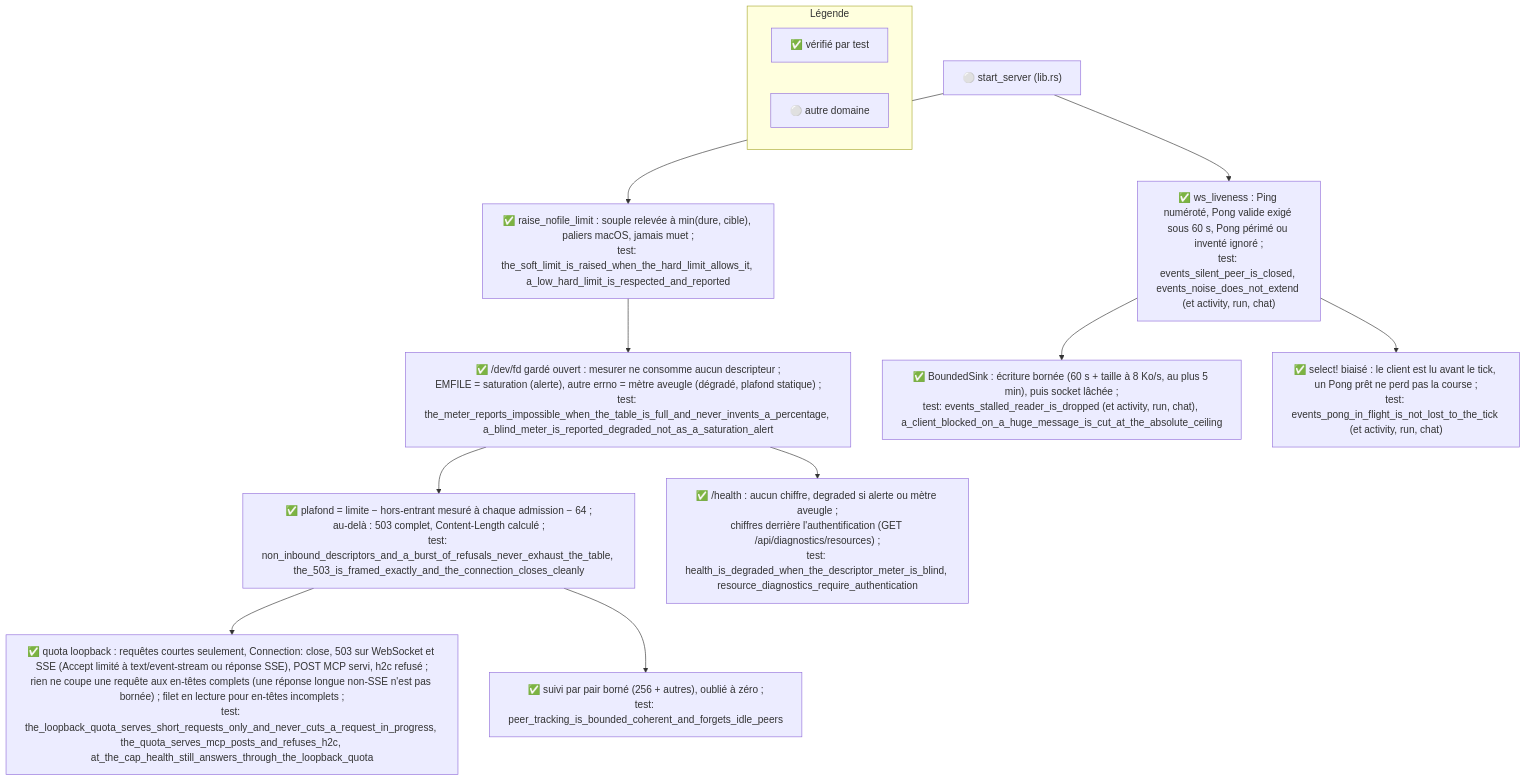
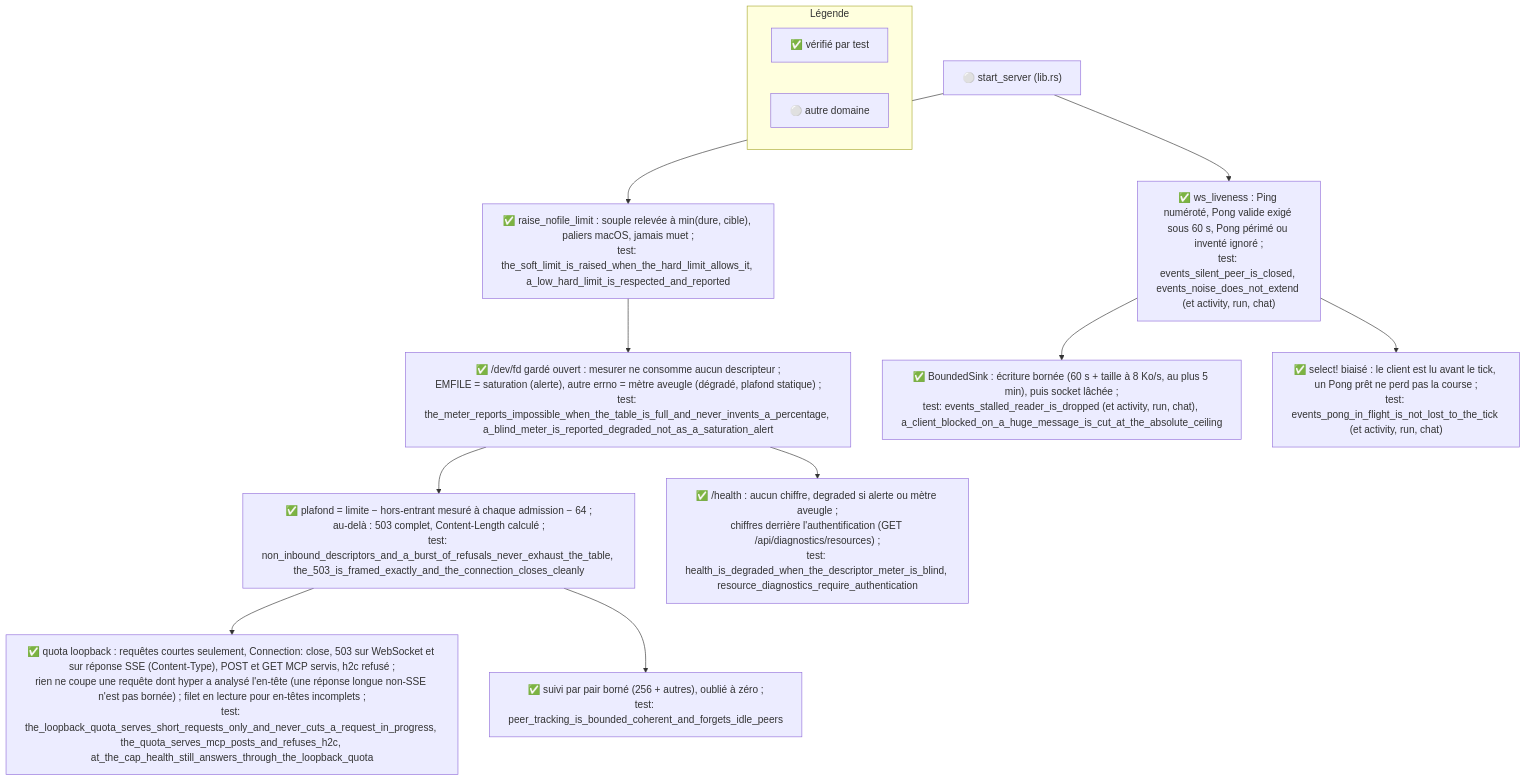
One commit to this-rs/project-orchestrator changed the diagram in docs/diagrams/po-fd-guard.mmd. Above: the diagram before and after it, drawn with Mermaid. The commit also changed 5 other files, not shown here.

First line of the commit message:
fix(fd_guard): GET MCP SSE laissé passer, BLOCKED_WRITES compté une fois par socket, test h2c exige la fermeture

```diff
--- a/docs/diagrams/po-fd-guard.mmd
+++ b/docs/diagrams/po-fd-guard.mmd
@@ -1,48 +1,48 @@
 %% name: po-fd-guard
 %% covers: backend:src/fd_guard.rs backend:src/api/ws_liveness.rs
 %% verified: 68f6158e
 %% ---
 %% PROUVE : ce que le service fait de ses descripteurs de fichiers et de ses sockets WebSocket
 %%   (PR #1269, branche fix/fd-limit) : limite relevée au démarrage, mesure par un /dev/fd gardé
 %%   ouvert, plafond de connexions entrantes dynamique avec 503 complet, quota loopback réservé
 %%   aux requêtes courtes, Pong exigé et écritures bornées sur /ws/chat, /ws/events, /ws/activity,
 %%   /ws/run. Relu contre le code de la branche fix/fd-limit (68f6158e).
 %% ---
 %% SOURCES LUES :
 %%   src/fd_guard.rs, src/api/ws_liveness.rs, src/lib.rs (start_server), src/api/handlers.rs
 %%   (health, resource_diagnostics), src/api/ws_{chat,handlers,activity,run}_handler.rs,
 %%   tests/fd_limit.rs, src/api/ws_liveness_tests.rs
 %% ---
 %% NON ETABLI :
 %%   la nature des 133 connexions de 192.168.1.42 (ORCHESTRATOR_CONN_STATS sert à l'établir) ;
 %%   que le Pong manquant soit la cause du flap observé (hypothèse) ;
 %%   l'absence d'EMFILE : le plafond réduit le risque, une rafale hors-entrant plus grande que la
 %%   réserve de 64 peut encore en provoquer (test: an_outbound_burst_beyond_the_margin_may_hit_emfile_but_the_service_recovers).
 %% ---
 %% LEGENDE
 %%   ✅ vérifié (le nœud dit par quel test)  ⚪ autre domaine
 
 flowchart TD
     subgraph legend["Légende"]
         direction LR
         L1["✅ vérifié par test"]
         L2["⚪ autre domaine"]
     end
 
     START["⚪ start_server (lib.rs)"]
     RAISE["✅ raise_nofile_limit : souple relevée à min(dure, cible), paliers macOS, jamais muet ;<br/>test: the_soft_limit_is_raised_when_the_hard_limit_allows_it, a_low_hard_limit_is_respected_and_reported"]
     METER["✅ /dev/fd gardé ouvert : mesurer ne consomme aucun descripteur ;<br/>EMFILE = saturation (alerte), autre errno = mètre aveugle (dégradé, plafond statique) ;<br/>test: the_meter_reports_impossible_when_the_table_is_full_and_never_invents_a_percentage, a_blind_meter_is_reported_degraded_not_as_a_saturation_alert"]
     CAP["✅ plafond = limite − hors-entrant mesuré à chaque admission − 64 ;<br/>au-delà : 503 complet, Content-Length calculé ;<br/>test: non_inbound_descriptors_and_a_burst_of_refusals_never_exhaust_the_table, the_503_is_framed_exactly_and_the_connection_closes_cleanly"]
-    QUOTA["✅ quota loopback : requêtes courtes seulement, Connection: close, 503 sur WebSocket et SSE (Accept limité à text/event-stream ou réponse SSE), POST MCP servi, h2c refusé ;<br/>rien ne coupe une requête aux en-têtes complets (une réponse longue non-SSE n'est pas bornée) ; filet en lecture pour en-têtes incomplets ;<br/>test: the_loopback_quota_serves_short_requests_only_and_never_cuts_a_request_in_progress, the_quota_serves_mcp_posts_and_refuses_h2c, at_the_cap_health_still_answers_through_the_loopback_quota"]
+    QUOTA["✅ quota loopback : requêtes courtes seulement, Connection: close, 503 sur WebSocket et sur réponse SSE (Content-Type), POST et GET MCP servis, h2c refusé ;<br/>rien ne coupe une requête dont hyper a analysé l'en-tête (une réponse longue non-SSE n'est pas bornée) ; filet en lecture pour en-têtes incomplets ;<br/>test: the_loopback_quota_serves_short_requests_only_and_never_cuts_a_request_in_progress, the_quota_serves_mcp_posts_and_refuses_h2c, at_the_cap_health_still_answers_through_the_loopback_quota"]
     PEERS["✅ suivi par pair borné (256 + autres), oublié à zéro ;<br/>test: peer_tracking_is_bounded_coherent_and_forgets_idle_peers"]
     HEALTH["✅ /health : aucun chiffre, degraded si alerte ou mètre aveugle ;<br/>chiffres derrière l'authentification (GET /api/diagnostics/resources) ;<br/>test: health_is_degraded_when_the_descriptor_meter_is_blind, resource_diagnostics_require_authentication"]
     LIVE["✅ ws_liveness : Ping numéroté, Pong valide exigé sous 60 s, Pong périmé ou inventé ignoré ;<br/>test: events_silent_peer_is_closed, events_noise_does_not_extend (et activity, run, chat)"]
     SINK["✅ BoundedSink : écriture bornée (60 s + taille à 8 Ko/s, au plus 5 min), puis socket lâchée ;<br/>test: events_stalled_reader_is_dropped (et activity, run, chat), a_client_blocked_on_a_huge_message_is_cut_at_the_absolute_ceiling"]
     RACE["✅ select! biaisé : le client est lu avant le tick, un Pong prêt ne perd pas la course ;<br/>test: events_pong_in_flight_is_not_lost_to_the_tick (et activity, run, chat)"]
 
     START --> RAISE --> METER --> CAP
     CAP --> QUOTA
     CAP --> PEERS
     METER --> HEALTH
     START --> LIVE --> SINK
     LIVE --> RACE
```
